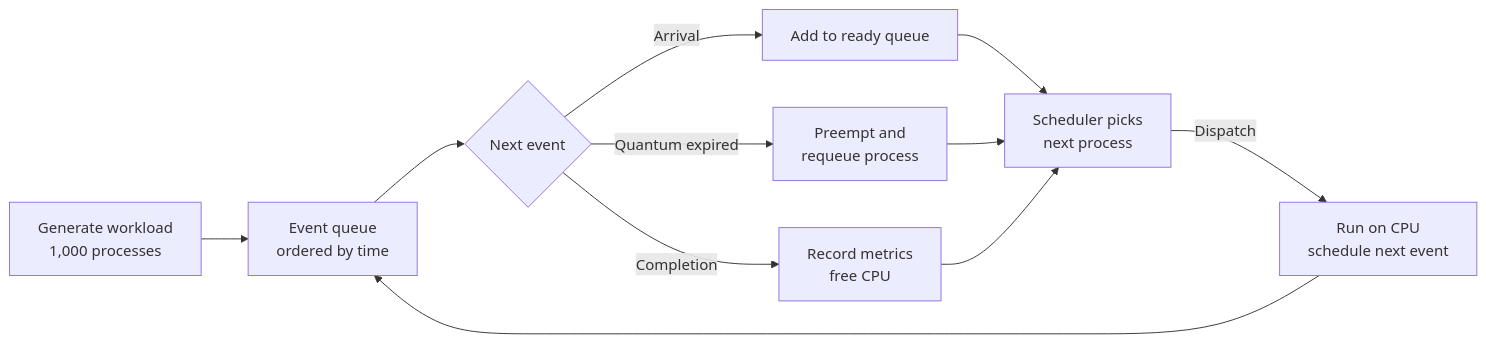
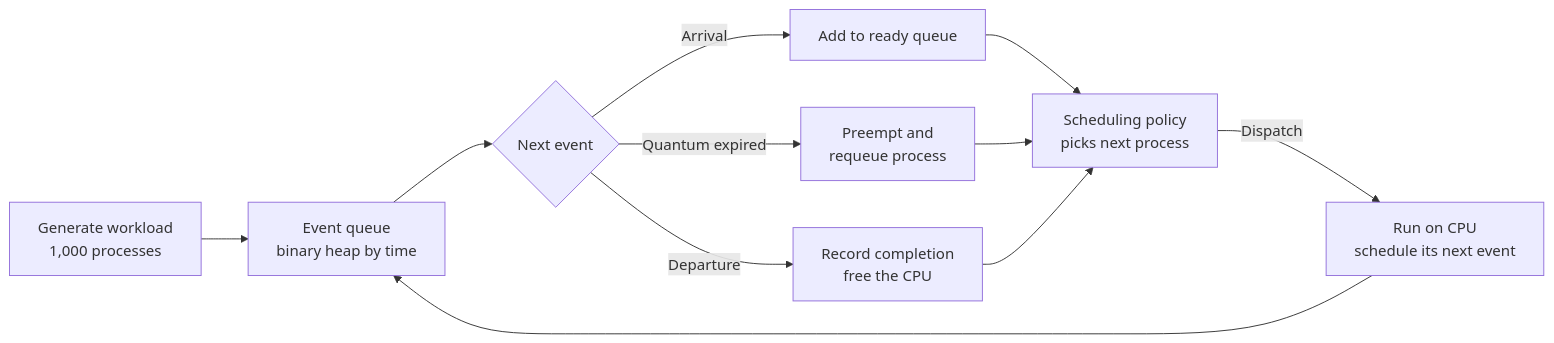
Before and after one commit to sumit-sah314/cpu-scheduling-simulator: the diagram in README.md, drawn with Mermaid. The commit also changed other lines of this file and 16 other files, not shown here.

````diff
--- a/README.md
+++ b/README.md
@@ -31,13 +92,13 @@
 ```mermaid
 flowchart LR
-    A[Generate workload<br/>1,000 processes] --> B[Event queue<br/>ordered by time]
+    A[Generate workload<br/>1,000 processes] --> B[Event queue<br/>binary heap by time]
     B --> C{Next event}
     C -->|Arrival| D[Add to ready queue]
     C -->|Quantum expired| E[Preempt and<br/>requeue process]
-    C -->|Completion| F[Record metrics<br/>free CPU]
-    D --> G[Scheduler picks<br/>next process]
+    C -->|Departure| F[Record completion<br/>free the CPU]
+    D --> G[Scheduling policy<br/>picks next process]
     E --> G
     F --> G
-    G -->|Dispatch| H[Run on CPU<br/>schedule next event]
+    G -->|Dispatch| H[Run on CPU<br/>schedule its next event]
     H --> B
 ```
````
